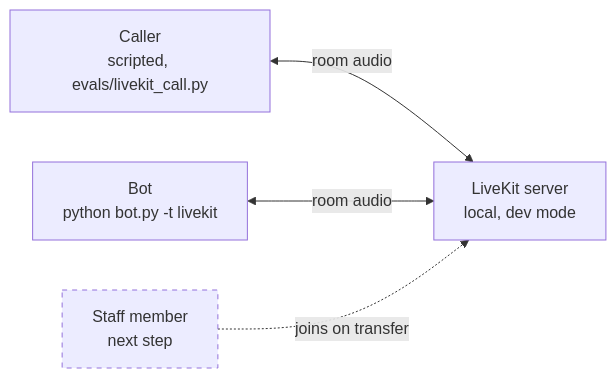
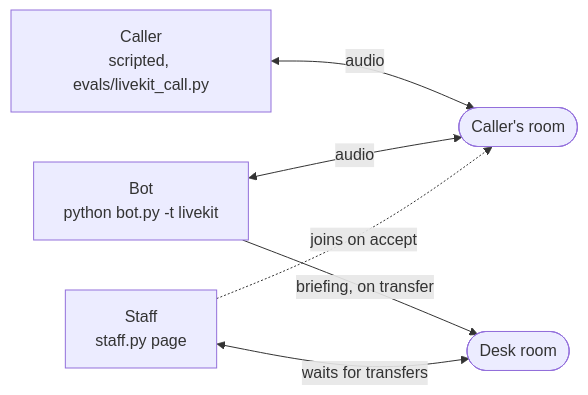
One commit to captflag/AI-Voice- changed diagram 11 of 12 in README.md. Above: the diagram before and after it, drawn with Mermaid. The commit also changed other lines of this file and 11 other files, not shown here.

First line of the commit message:
Phase 8 step 2: warm transfer to the front desk over LiveKit

````diff
--- a/README.md
+++ b/README.md
@@ -398,11 +402,13 @@
 ```mermaid
 flowchart LR
     caller["Caller<br/>scripted, evals/livekit_call.py"]
-    server["LiveKit server<br/>local, dev mode"]
+    room(["Caller's room"])
     bot["Bot<br/>python bot.py -t livekit"]
-    staff["Staff member<br/>next step"]:::planned
-    caller <-->|room audio| server
-    bot <-->|room audio| server
-    staff -.->|joins on transfer| server
-    classDef planned stroke-dasharray: 5 5
+    desk(["Desk room"])
+    staff["Staff<br/>staff.py page"]
+    caller <-->|audio| room
+    bot <-->|audio| room
+    bot -->|briefing, on transfer| desk
+    staff <-->|waits for transfers| desk
+    staff -.->|joins on accept| room
 ```
````
